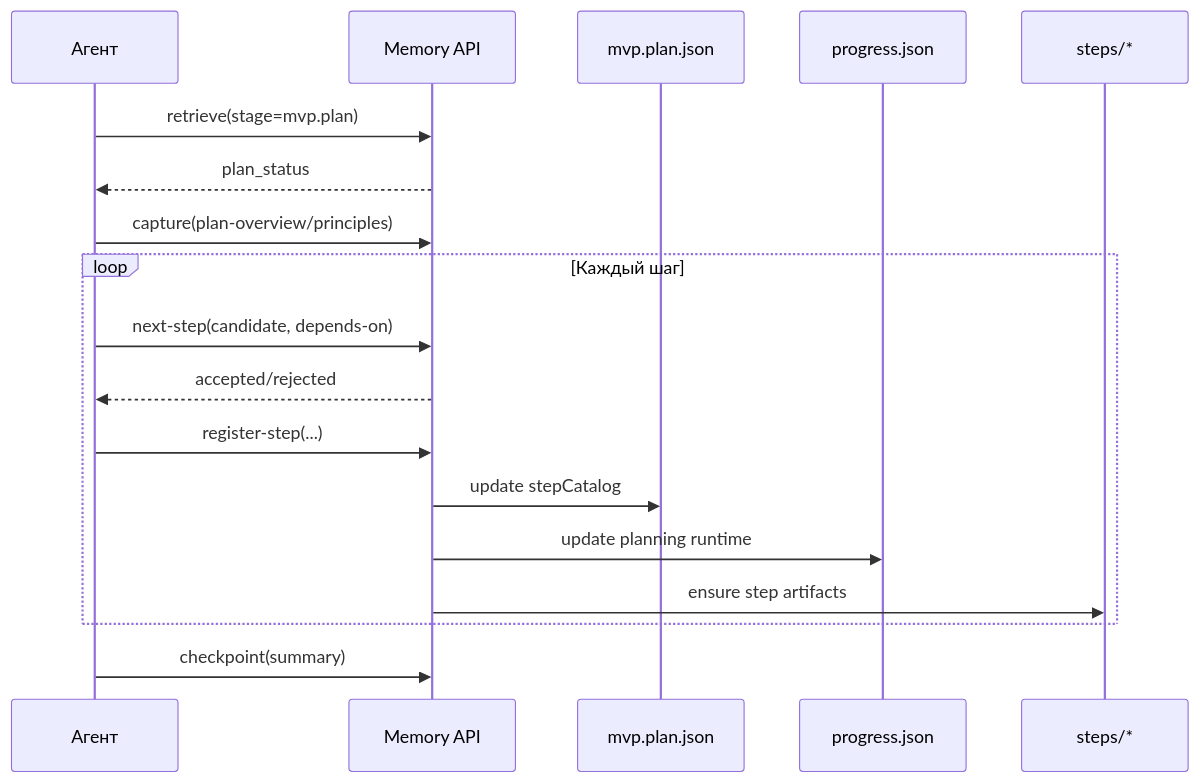
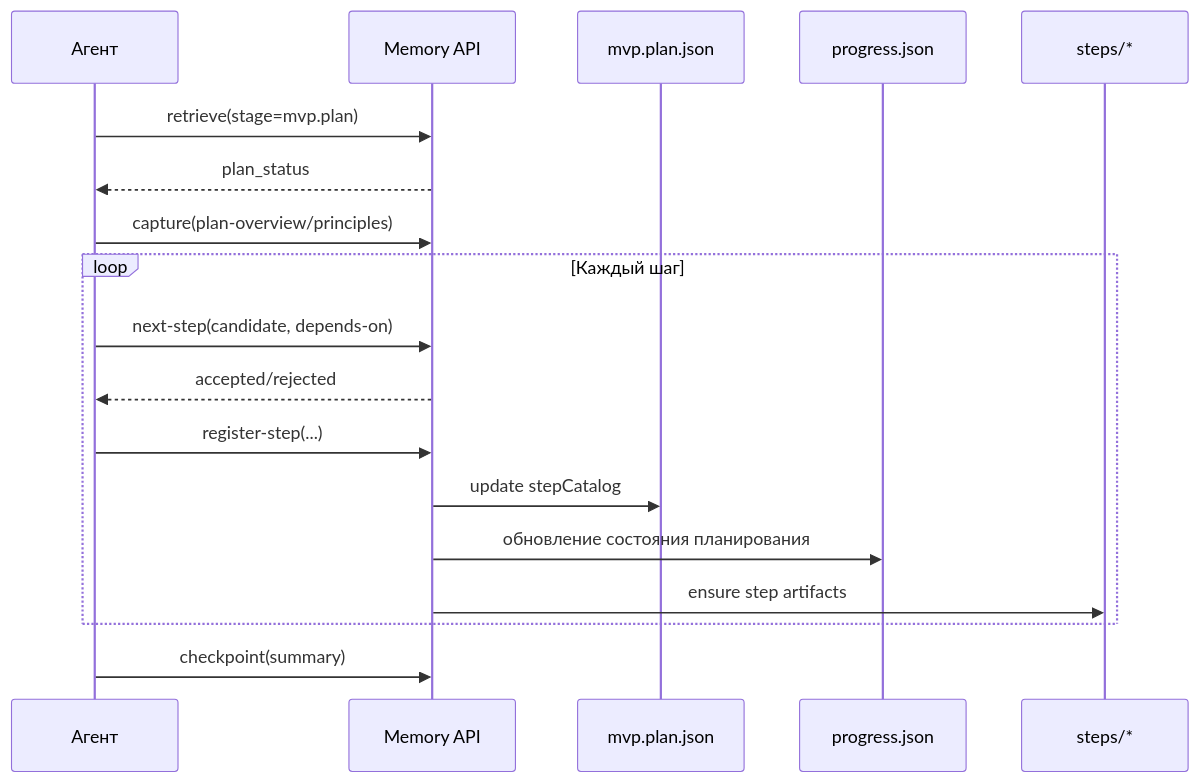
One commit to MADTeacher/MADSpec changed the second of 4 diagrams in docs/mvp/madspec.mvp.plan.md. Above: the diagram before and after it, drawn with Mermaid. The commit also changed other lines of this file and 19 other files, not shown here.

````diff
--- a/docs/mvp/madspec.mvp.plan.md
+++ b/docs/mvp/madspec.mvp.plan.md
@@ -130,21 +130,21 @@
 ```mermaid
 sequenceDiagram
     participant A as Агент
     participant M as Memory API
     participant P as mvp.plan.json
     participant R as progress.json
     participant S as steps/*
 
     A->>M: retrieve(stage=mvp.plan)
     M-->>A: plan_status
     A->>M: capture(plan-overview/principles)
     loop Каждый шаг
         A->>M: next-step(candidate, depends-on)
         M-->>A: accepted/rejected
         A->>M: register-step(...)
         M->>P: update stepCatalog
-        M->>R: update planning runtime
+        M->>R: обновление состояния планирования
         M->>S: ensure step artifacts
     end
     A->>M: checkpoint(summary)
 ```
````
